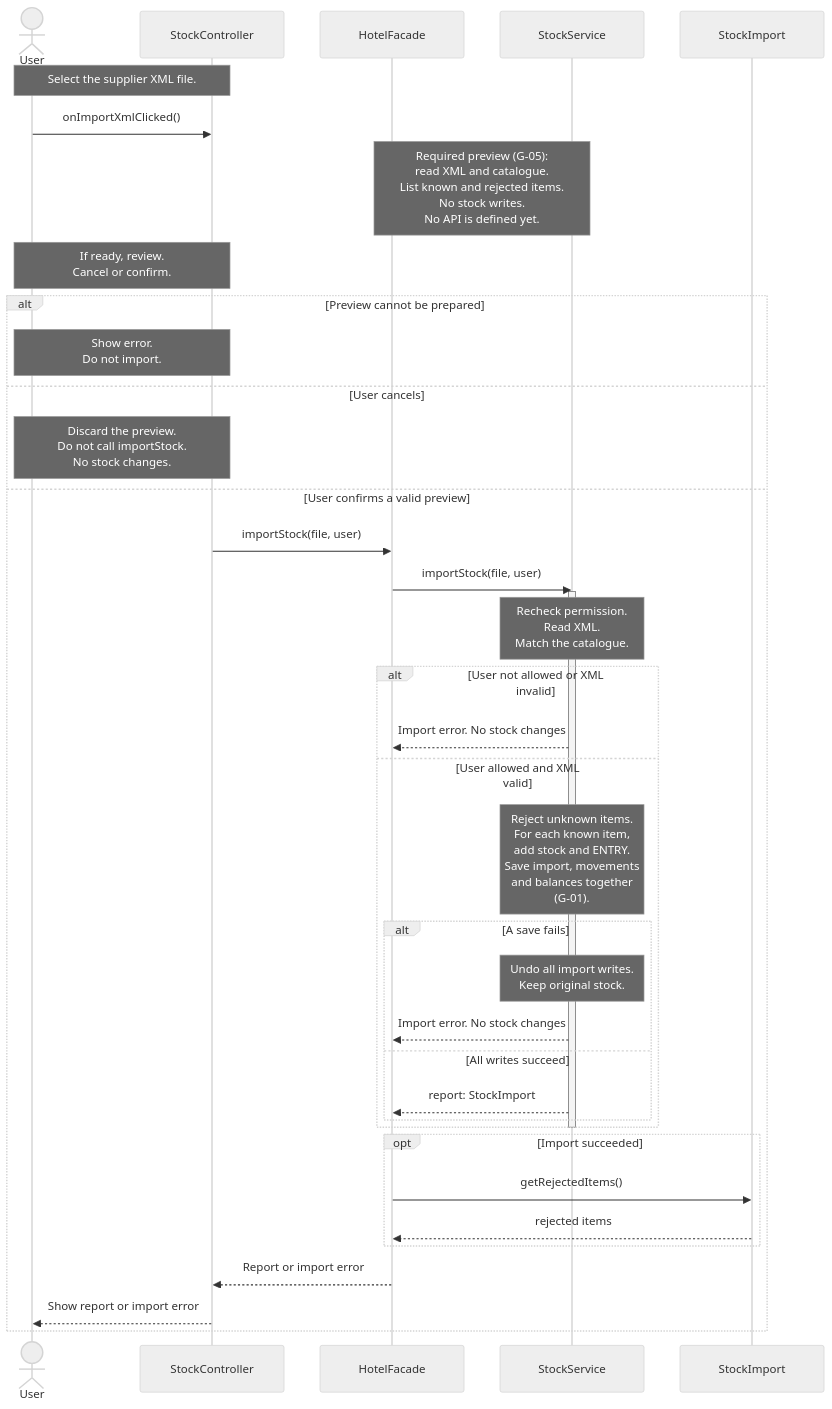
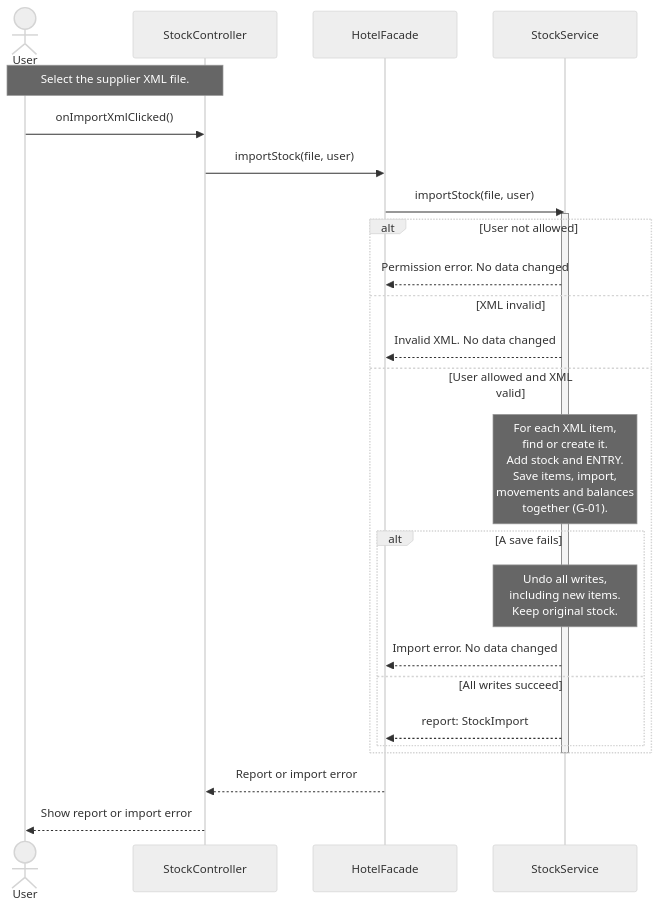
The second of 2 diagrams in docs/uml/sequence-diagrams.md (BorjaTiago/hotel4you), drawn with Mermaid before and after one commit. The commit also changed other lines of this file and 14 other files, not shown here.

Commit message:
H4Y-8 accept all XML stock items in docs

````diff
--- a/docs/uml/sequence-diagrams.md
+++ b/docs/uml/sequence-diagrams.md
@@ -86,41 +84,29 @@
 ```mermaid
 %%{init: {"theme":"neutral","fontFamily":"Arial","sequence":{"actorFontFamily":"Arial","noteFontFamily":"Arial","messageFontFamily":"Arial","width":200,"wrap":true}}}%%
 sequenceDiagram
     actor User
     participant SC as StockController
     participant F as HotelFacade
     participant SS as StockService
-    participant R as StockImport
     Note over User,SC: Select the supplier XML file.
     User->>SC: onImportXmlClicked()
-    Note over F,SS: Required preview (G-05):<br/>read XML and catalogue.<br/>List known and rejected items.<br/>No stock writes.<br/>No API is defined yet.
-    Note over User,SC: If ready, review.<br/>Cancel or confirm.
-    alt Preview cannot be prepared
-        Note over User,SC: Show error.<br/>Do not import.
-    else User cancels
-        Note over User,SC: Discard the preview.<br/>Do not call importStock.<br/>No stock changes.
-    else User confirms a valid preview
-        SC->>F: importStock(file, user)
-        F->>SS: importStock(file, user)
-        activate SS
-        Note over SS: Recheck permission.<br/>Read XML.<br/>Match the catalogue.
-        alt User not allowed or XML invalid
-            SS-->>F: Import error. No stock changes
-        else User allowed and XML valid
-            Note over SS: Reject unknown items.<br/>For each known item,<br/>add stock and ENTRY.<br/>Save import, movements<br/>and balances together<br/>(G-01).
-            alt A save fails
-                Note over SS: Undo all import writes.<br/>Keep original stock.
-                SS-->>F: Import error. No stock changes
-            else All writes succeed
-                SS-->>F: report: StockImport
-            end
+    SC->>F: importStock(file, user)
+    F->>SS: importStock(file, user)
+    activate SS
+    alt User not allowed
+        SS-->>F: Permission error. No data changed
+    else XML invalid
+        SS-->>F: Invalid XML. No data changed
+    else User allowed and XML valid
+        Note over SS: For each XML item,<br/>find or create it.<br/>Add stock and ENTRY.<br/>Save items, import,<br/>movements and balances<br/>together (G-01).
+        alt A save fails
+            Note over SS: Undo all writes,<br/>including new items.<br/>Keep original stock.
+            SS-->>F: Import error. No data changed
+        else All writes succeed
+            SS-->>F: report: StockImport
         end
-        deactivate SS
-        opt Import succeeded
-            F->>R: getRejectedItems()
-            R-->>F: rejected items
-        end
-        F-->>SC: Report or import error
-        SC-->>User: Show report or import error
     end
+    deactivate SS
+    F-->>SC: Report or import error
+    SC-->>User: Show report or import error
 ```
````
